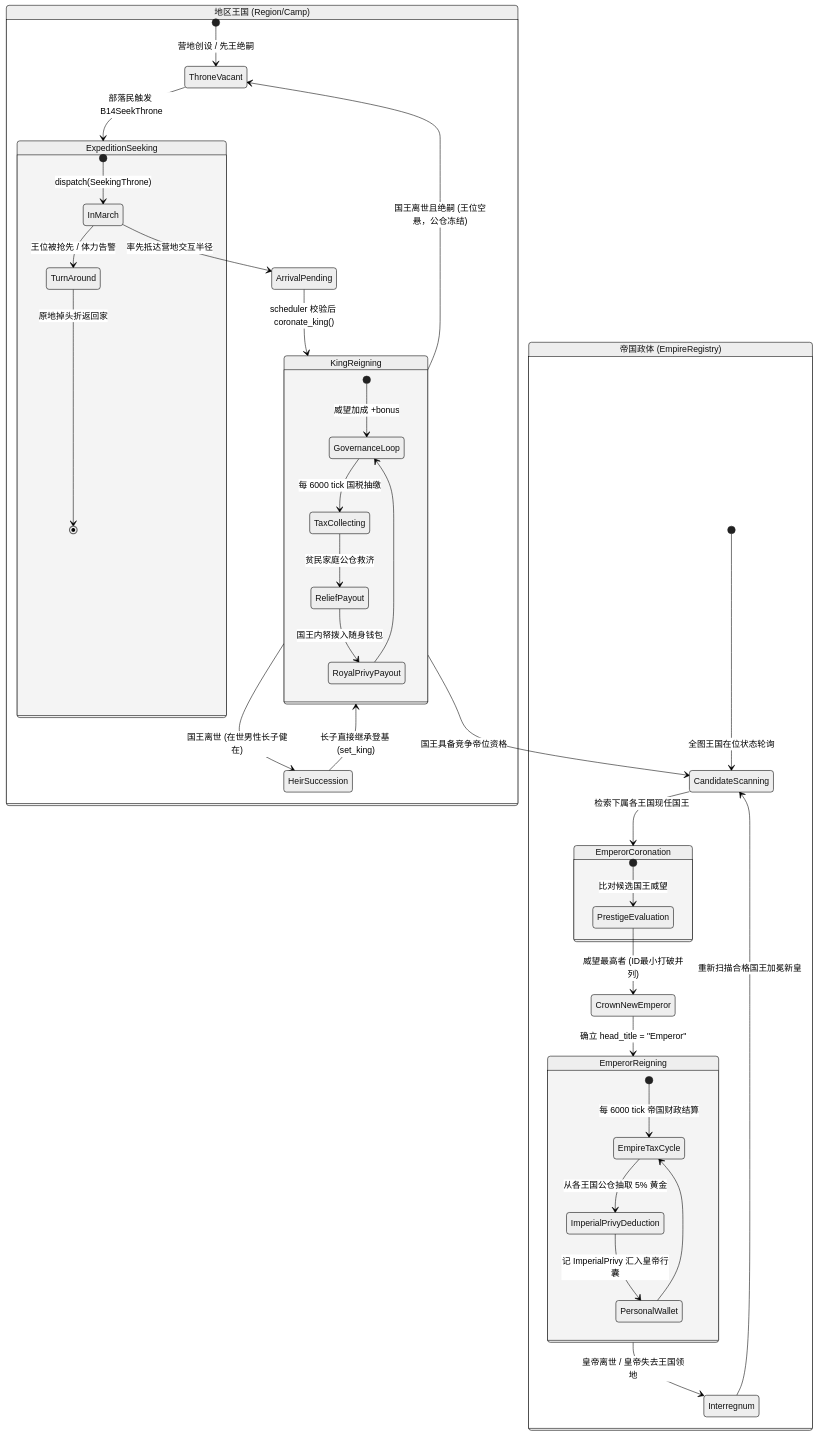
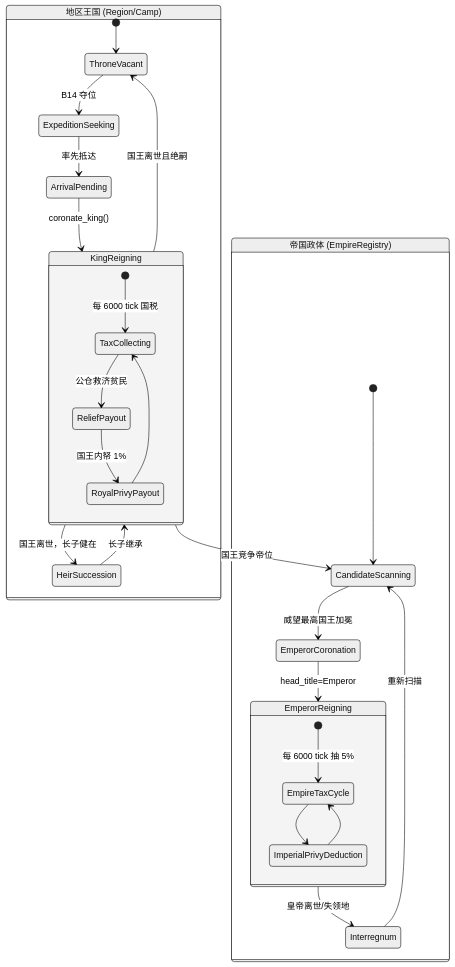
One commit to g39088902/FlowAndAccord changed the third of 3 diagrams in docs/current/tech/02-core-systems-fsm.md. Above: the diagram before and after it, drawn with Mermaid (neutral theme). The commit also changed other lines of this file and 29 other files, not shown here.

````diff
--- a/docs/current/tech/02-core-systems-fsm.md
+++ b/docs/current/tech/02-core-systems-fsm.md
@@ -279,57 +108,33 @@
 ```mermaid
 stateDiagram-v2
-    %% 下层：地区王国政体
     state "地区王国 (Region/Camp)" as RegionalKingdom {
-        [*] --> ThroneVacant : 营地创设 / 先王绝嗣
-        
-        ThroneVacant --> ExpeditionSeeking : 部落民触发 B14SeekThrone
-        
-        state ExpeditionSeeking {
-            [*] --> InMarch : dispatch(SeekingThrone)
-            InMarch --> TurnAround : 王位被抢先 / 体力告警
-            TurnAround --> [*] : 原地掉头折返回家
-            InMarch --> ArrivalPending : 率先抵达营地交互半径
+        [*] --> ThroneVacant
+        ThroneVacant --> ExpeditionSeeking : B14 夺位
+        ExpeditionSeeking --> ArrivalPending : 率先抵达
+        ArrivalPending --> KingReigning : coronate_king()
+        state KingReigning {
+            [*] --> TaxCollecting : 每 6000 tick 国税
+            TaxCollecting --> ReliefPayout : 公仓救济贫民
+            ReliefPayout --> RoyalPrivyPayout : 国王内帑 1%
+            RoyalPrivyPayout --> TaxCollecting
         }
-        
-        ArrivalPending --> KingReigning : scheduler 校验后 coronate_king()
-        
-        state KingReigning {
-            [*] --> GovernanceLoop : 威望加成 +bonus
-            GovernanceLoop --> TaxCollecting : 每 6000 tick 国税抽缴
-            TaxCollecting --> ReliefPayout : 贫民家庭公仓救济
-            ReliefPayout --> RoyalPrivyPayout : 国王内帑拨入随身钱包
-            RoyalPrivyPayout --> GovernanceLoop
-        }
-        
-        KingReigning --> HeirSuccession : 国王离世 (在世男性长子健在)
-        HeirSuccession --> KingReigning : 长子直接继承登基 (set_king)
-        
-        KingReigning --> ThroneVacant : 国王离世且绝嗣 (王位空悬，公仓冻结)
+        KingReigning --> HeirSuccession : 国王离世，长子健在
+        HeirSuccession --> KingReigning : 长子继承
+        KingReigning --> ThroneVacant : 国王离世且绝嗣
     }
 
-    %% 上层：帝国政体
     state "帝国政体 (EmpireRegistry)" as ImperialRegime {
-        [*] --> CandidateScanning : 全图王国在位状态轮询
-        
-        CandidateScanning --> EmperorCoronation : 检索下属各王国现任国王
-        
-        state EmperorCoronation {
-            [*] --> PrestigeEvaluation : 比对候选国王威望
-            PrestigeEvaluation --> CrownNewEmperor : 威望最高者 (ID最小打破并列)
+        [*] --> CandidateScanning
+        CandidateScanning --> EmperorCoronation : 威望最高国王加冕
+        EmperorCoronation --> EmperorReigning : head_title=Emperor
+        state EmperorReigning {
+            [*] --> EmpireTaxCycle : 每 6000 tick 抽 5%
+            EmpireTaxCycle --> ImperialPrivyDeduction
+            ImperialPrivyDeduction --> EmpireTaxCycle
         }
-        
-        CrownNewEmperor --> EmperorReigning : 确立 head_title = "Emperor"
-        
-        state EmperorReigning {
-            [*] --> EmpireTaxCycle : 每 6000 tick 帝国财政结算
-            EmpireTaxCycle --> ImperialPrivyDeduction : 从各王国公仓抽取 5% 黄金
-            ImperialPrivyDeduction --> PersonalWallet : 记 ImperialPrivy 汇入皇帝行囊
-            PersonalWallet --> EmpireTaxCycle
-        }
-        
-        EmperorReigning --> Interregnum : 皇帝离世 / 皇帝失去王国领地
-        Interregnum --> CandidateScanning : 重新扫描合格国王加冕新皇
+        EmperorReigning --> Interregnum : 皇帝离世/失领地
+        Interregnum --> CandidateScanning : 重新扫描
     }
 
-    KingReigning --> CandidateScanning : 国王具备竞争帝位资格
+    KingReigning --> CandidateScanning : 国王竞争帝位
 ```
````
